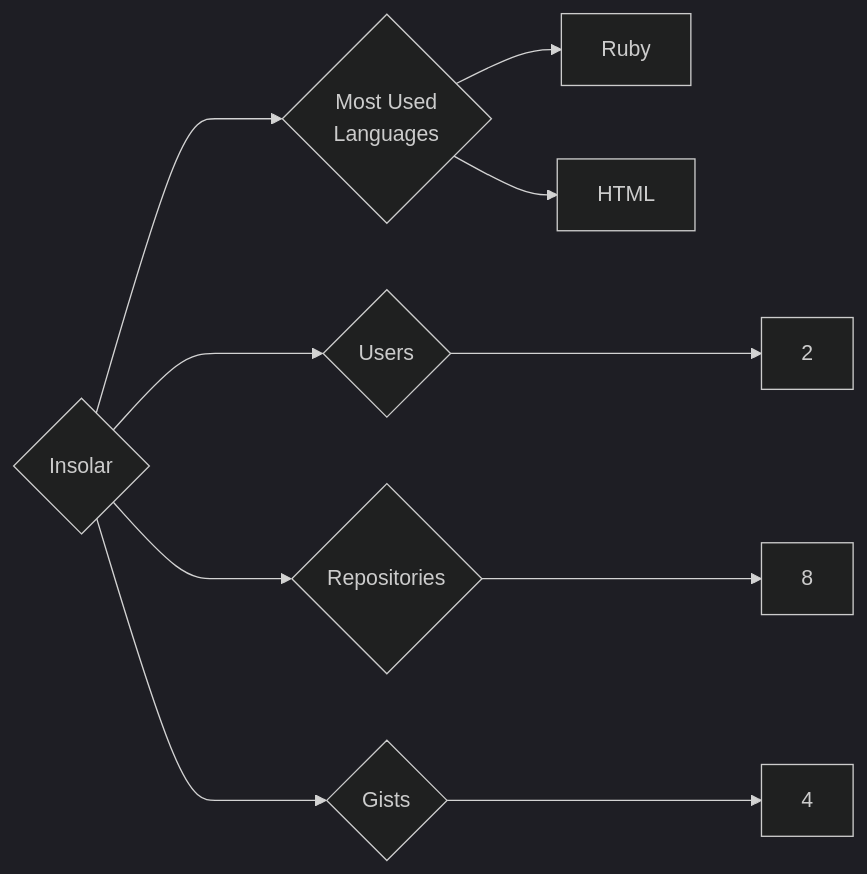
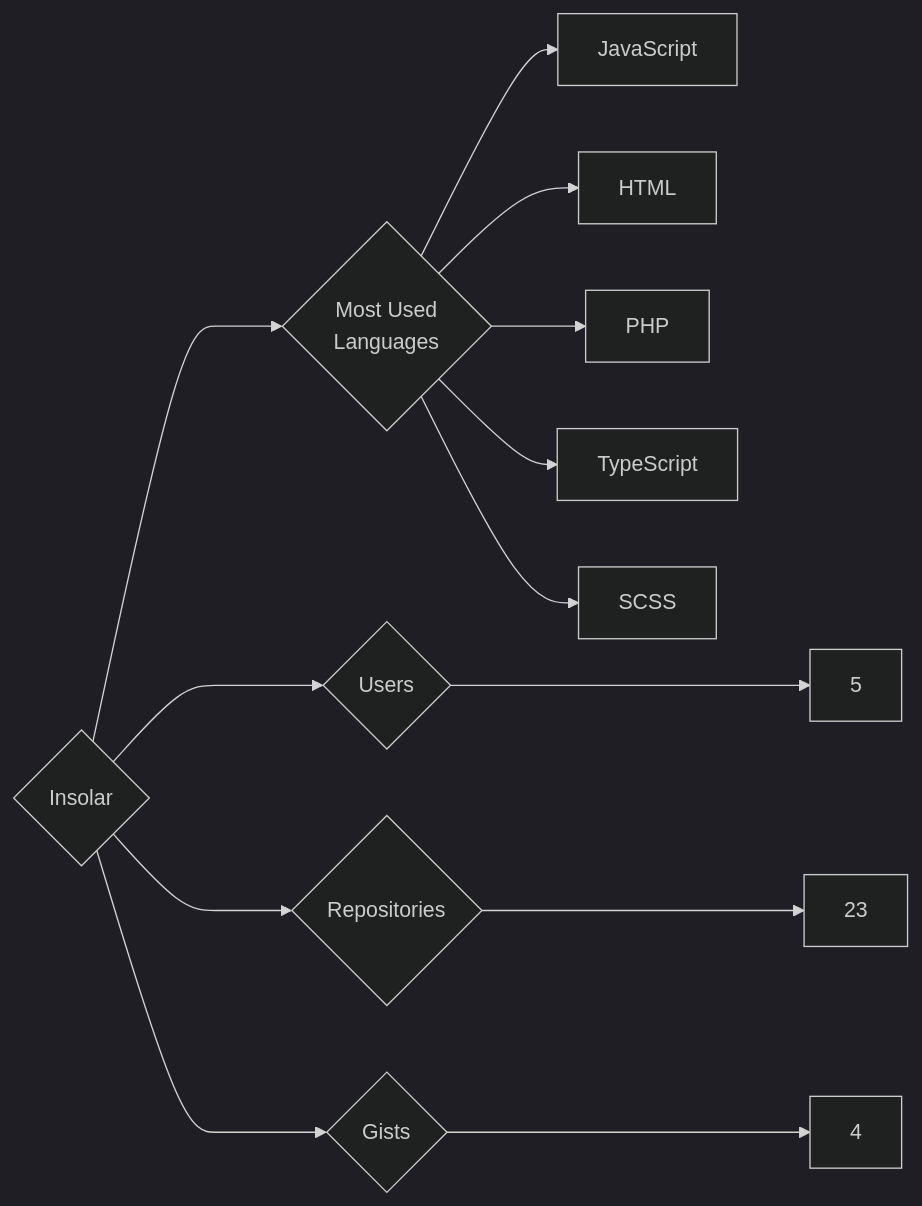
The diagram in targets/Insolar/README.md (trickest/insiders), drawn with Mermaid (dark theme) before and after one commit. The commit also changed 611 other files, not shown here.

````diff
--- a/targets/Insolar/README.md
+++ b/targets/Insolar/README.md
@@ -3,10 +3,13 @@
 ```mermaid
 graph LR
 COMPANY_NAME{Insolar}
-COMPANY_NAME ---> U{Users} ---> UN[2]
-COMPANY_NAME ---> R{Repositories} ---> RN[8]
+COMPANY_NAME ---> U{Users} ---> UN[5]
+COMPANY_NAME ---> R{Repositories} ---> RN[23]
 COMPANY_NAME ---> G{Gists} ---> GN[4]
 COMPANY_NAME ---> ML{Most Used<br>Languages}
-ML --> Ruby[Ruby]
+ML --> JavaScript[JavaScript]
 ML --> HTML[HTML]
+ML --> PHP[PHP]
+ML --> TypeScript[TypeScript]
+ML --> SCSS[SCSS]
 ```
````
